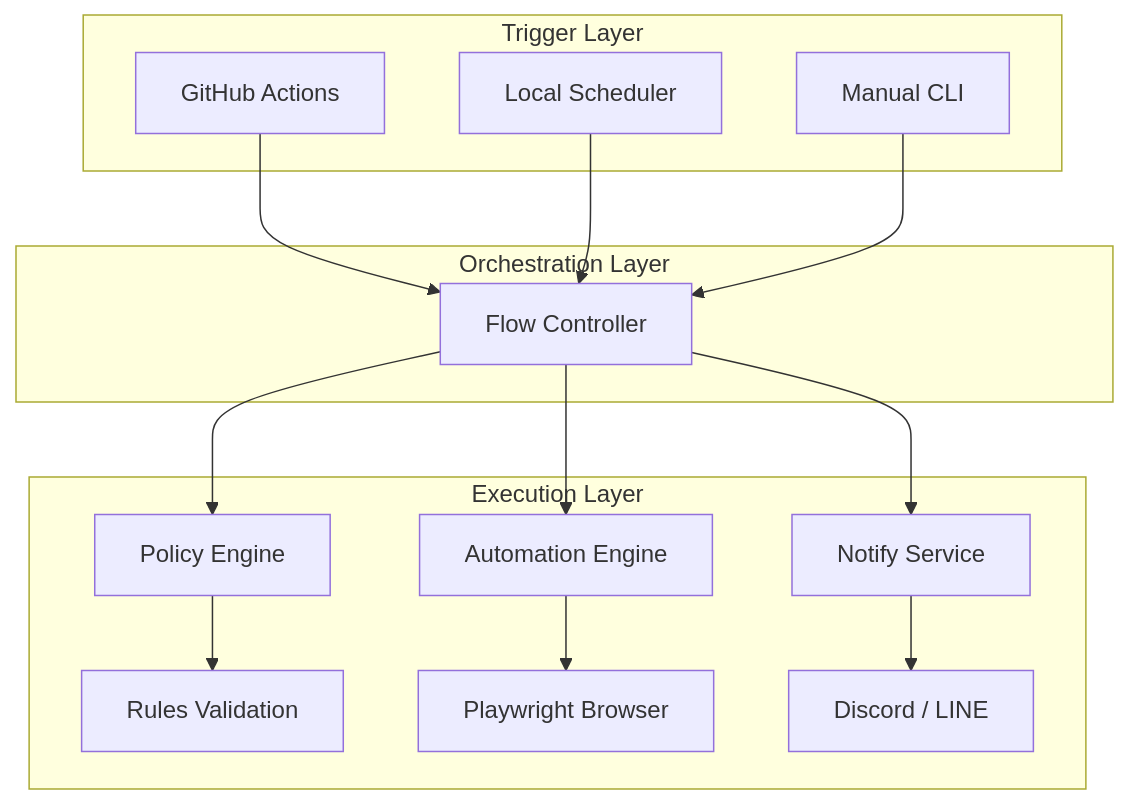
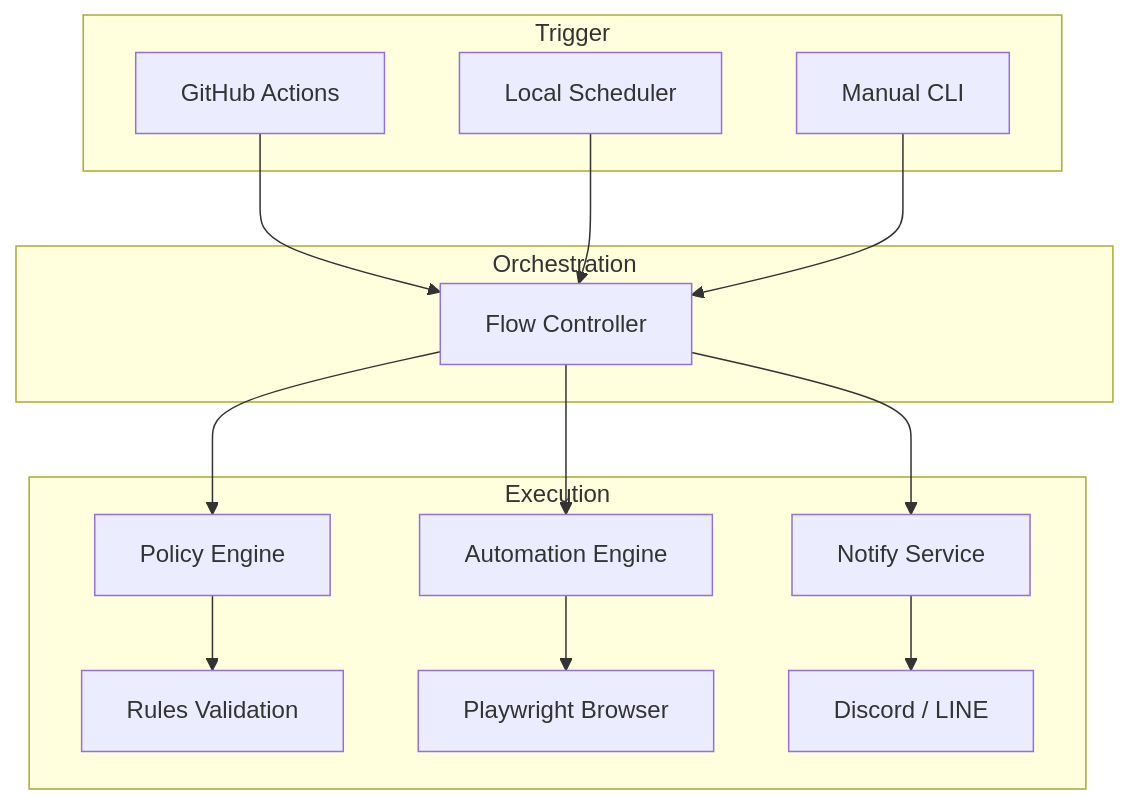
Before and after one commit to liu-chun-wu/daily-tick-runner: the first of 6 diagrams in ARCHITECTURE.md, drawn with Mermaid. The commit also changed other lines of this file and 3 other files, not shown here.

Commit message:
update mermaid

````diff
--- a/ARCHITECTURE.md
+++ b/ARCHITECTURE.md
@@ -18,34 +18,35 @@
 ```mermaid
 flowchart TB
-  subgraph Trigger Layer
+  subgraph Trigger
     GA[GitHub Actions]
     LS[Local Scheduler]
     CLI[Manual CLI]
   end
 
-  subgraph Orchestration Layer
+  subgraph Orchestration
     FC[Flow Controller]
   end
 
-  subgraph Execution Layer
+  subgraph Execution
     PE[Policy Engine]
     AE[Automation Engine]
     NS[Notify Service]
     RV[Rules Validation]
     PW[Playwright Browser]
     NT[Discord / LINE]
   end
 
   GA --> FC
   LS --> FC
   CLI --> FC
 
   FC --> PE
   FC --> AE
   FC --> NS
 
   PE --> RV
   AE --> PW
   NS --> NT
 
+
 ```
````
